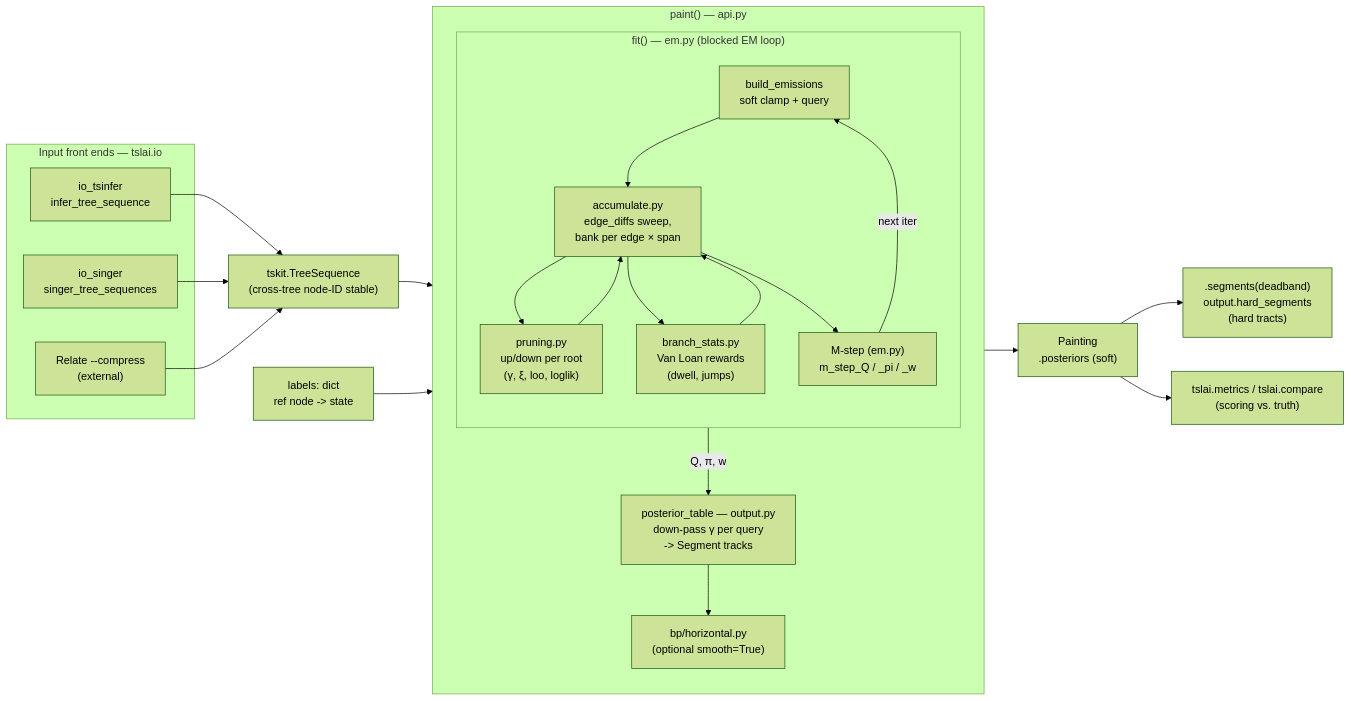
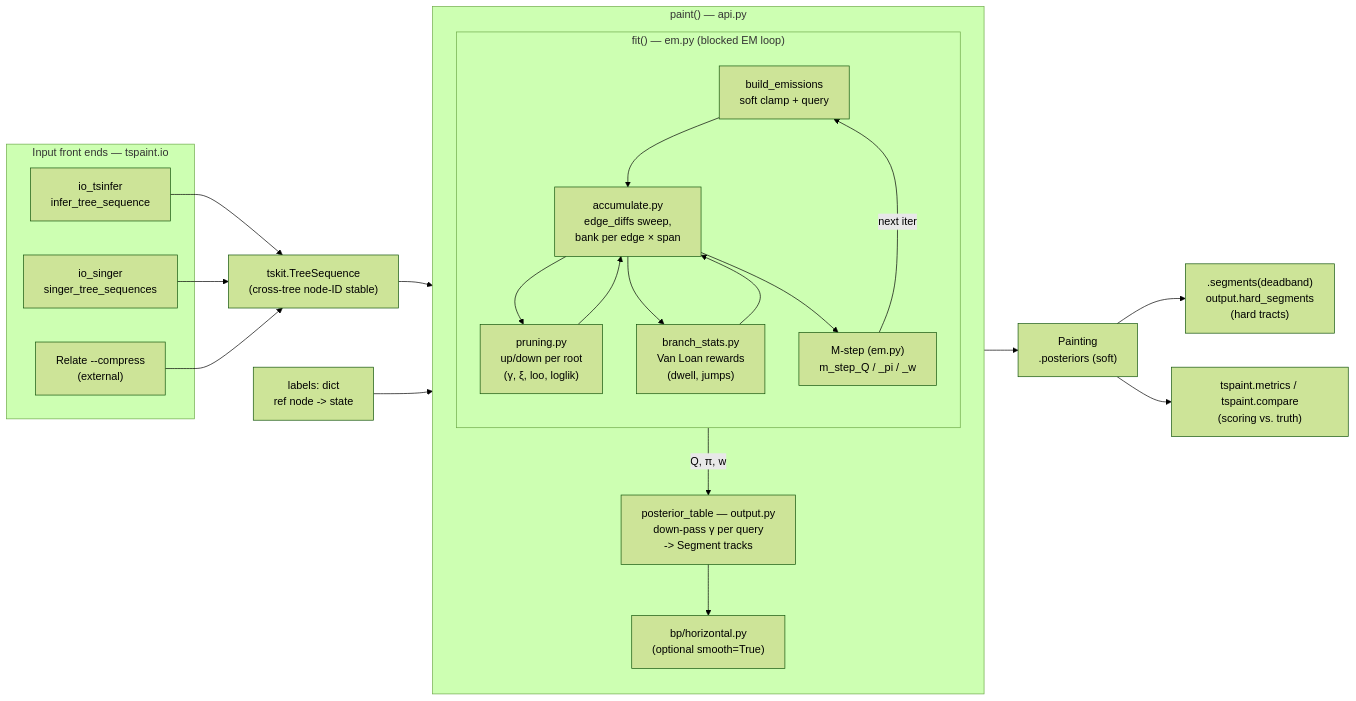
The diagram in docs/pages/code_paths.qmd (munch-group/tspaint), drawn with Mermaid (forest theme) before and after one commit. The commit also changed other lines of this file and 155 other files, not shown here.

````diff
--- a/docs/pages/code_paths.qmd
+++ b/docs/pages/code_paths.qmd
@@ -37,47 +37,47 @@
 ```{mermaid}
 flowchart LR
-  subgraph IN["Input front ends — tslai.io"]
+  subgraph IN["Input front ends — tspaint.io"]
     TSI["io_tsinfer<br/>infer_tree_sequence"]
     SNG["io_singer<br/>singer_tree_sequences"]
     REL["Relate --compress<br/>(external)"]
   end
 
   TS["tskit.TreeSequence<br/>(cross-tree node-ID stable)"]
   LBL["labels: dict<br/>ref node -> state"]
 
   TSI --> TS
   SNG --> TS
   REL --> TS
   TS --> PAINT
   LBL --> PAINT
 
   subgraph PAINT["paint() — api.py"]
     direction TB
 
     subgraph FIT["fit() — em.py  (blocked EM loop)"]
       direction TB
       EMIT["build_emissions<br/>soft clamp + query"]
       ACC["accumulate.py<br/>edge_diffs sweep,<br/>bank per edge × span"]
       PRU["pruning.py<br/>up/down per root<br/>(γ, ξ, loo, loglik)"]
       VL["branch_stats.py<br/>Van Loan rewards<br/>(dwell, jumps)"]
       MSTEP["M-step (em.py)<br/>m_step_Q / _pi / _w"]
       EMIT --> ACC
       ACC --> PRU
       ACC --> VL
       PRU --> ACC
       VL --> ACC
       ACC --> MSTEP
       MSTEP -->|next iter| EMIT
     end
 
     POST["posterior_table — output.py<br/>down-pass γ per query<br/>-> Segment tracks"]
     SMOOTH["bp/horizontal.py<br/>(optional smooth=True)"]
 
     FIT -->|"Q, π, w"| POST
     POST --> SMOOTH
   end
 
   PAINT --> PAINTING["Painting<br/>.posteriors (soft)"]
   PAINTING --> SEG[".segments(deadband)<br/>output.hard_segments<br/>(hard tracts)"]
-  PAINTING --> METRICS["tslai.metrics / tslai.compare<br/>(scoring vs. truth)"]
+  PAINTING --> METRICS["tspaint.metrics / tspaint.compare<br/>(scoring vs. truth)"]
 ```
````
